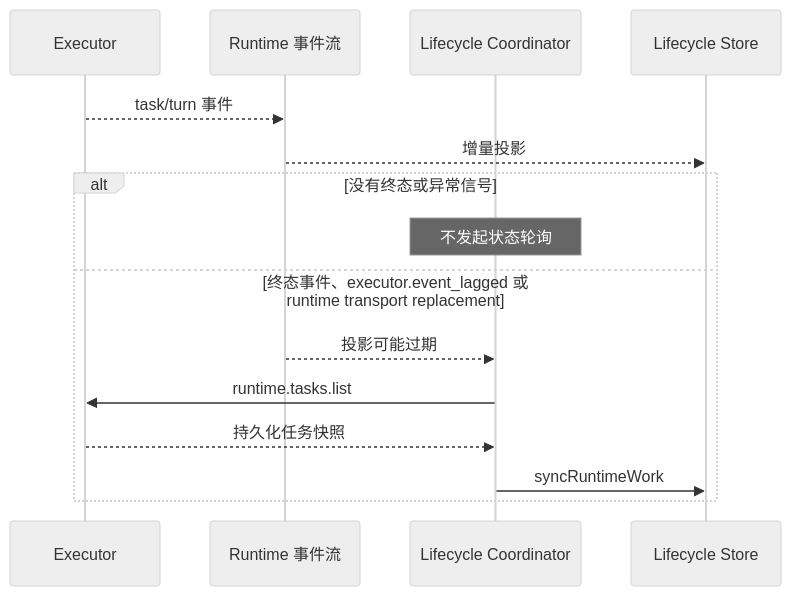
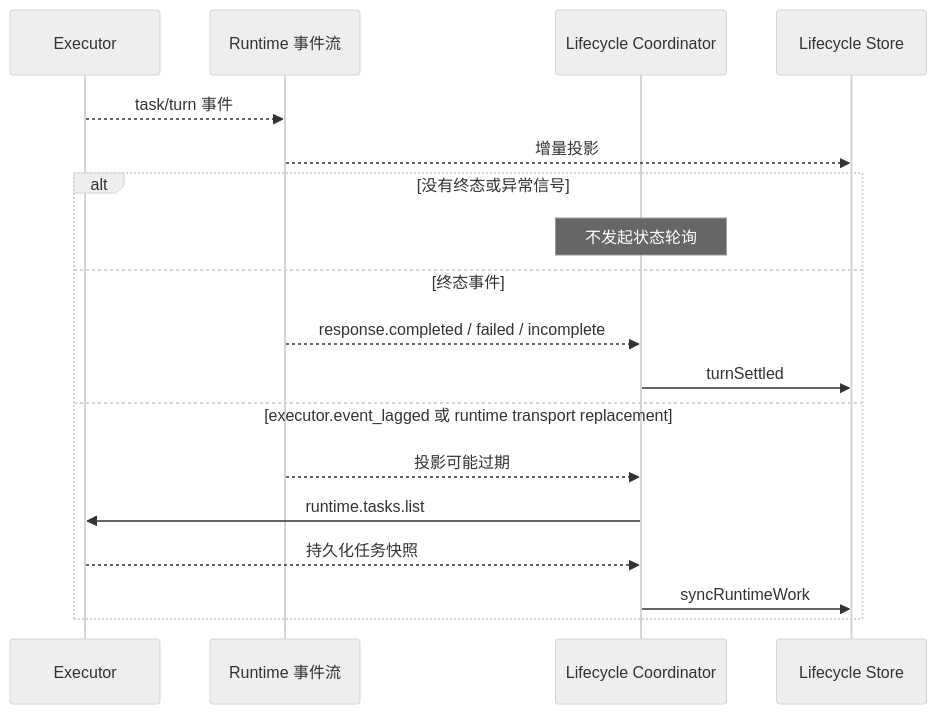
Before and after one commit to wecode-ai/Wegent: the second of 2 diagrams in docs/zh/architecture/runtime-task-lifecycle-reconciliation.md, drawn with Mermaid (neutral theme). The commit also changed other lines of this file and 5 other files, not shown here.

````diff
--- a/docs/zh/architecture/runtime-task-lifecycle-reconciliation.md
+++ b/docs/zh/architecture/runtime-task-lifecycle-reconciliation.md
@@ -26,18 +28,21 @@
 ```mermaid
 sequenceDiagram
     participant E as Executor
     participant S as Runtime 事件流
     participant C as Lifecycle Coordinator
     participant L as Lifecycle Store
 
     E-->>S: task/turn 事件
     S-->>L: 增量投影
     alt 没有终态或异常信号
         Note over C: 不发起状态轮询
-    else 终态事件、executor.event_lagged 或 runtime transport replacement
+    else 终态事件
+        S-->>C: response.completed / failed / incomplete
+        C->>L: turnSettled
+    else executor.event_lagged 或 runtime transport replacement
         S-->>C: 投影可能过期
         C->>E: runtime.tasks.list
         E-->>C: 持久化任务快照
         C->>L: syncRuntimeWork
     end
 ```
````
